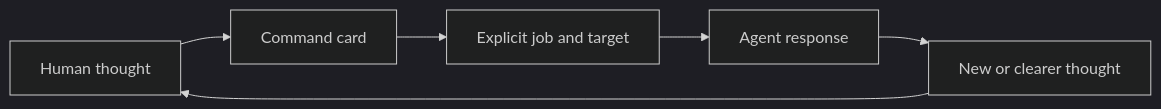
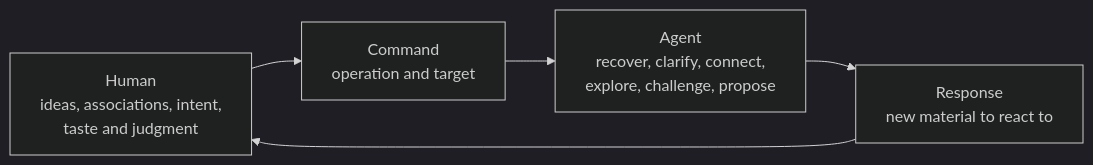
One commit to control-decks/think-it-through changed the diagram in README.md. Above: the diagram before and after it, drawn with Mermaid (dark theme). The commit also changed other lines of this file and 18 other files, not shown here.

Commit message:
feat: make command defaults explicit

````diff
--- a/README.md
+++ b/README.md
@@ -68,8 +56,7 @@
 ```mermaid
 flowchart LR
-    H["Human thought"] --> C["Command card"]
-    C --> J["Explicit job and target"]
-    J --> A["Agent response"]
-    A --> N["New or clearer thought"]
-    N --> H
+    H["Human<br/>ideas, associations, intent,<br/>taste and judgment"] --> C["Command<br/>operation and target"]
+    C --> A["Agent<br/>recover, clarify, connect,<br/>explore, challenge, propose"]
+    A --> R["Response<br/>new material to react to"]
+    R --> H
 ```
````
